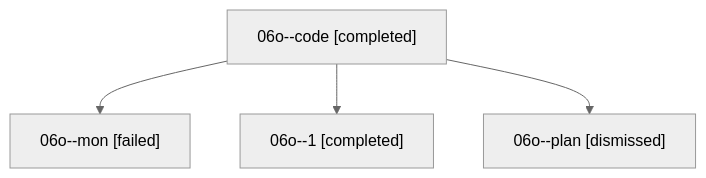
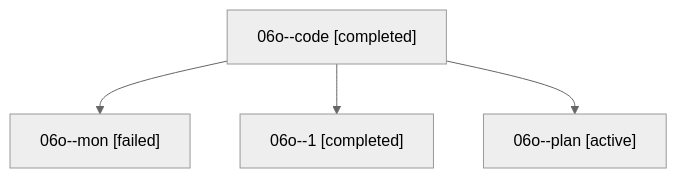
Before and after one commit to sase-org/sase--agents: the diagram in families/bbugyi200.athena.06o.md, drawn with Mermaid (neutral theme). The commit also changed other lines of this file and 35830 other files, not shown here.

````diff
--- a/families/bbugyi200.athena.06o.md
+++ b/families/bbugyi200.athena.06o.md
@@ -9,10 +9,10 @@
 ```mermaid
 flowchart TD
   n0["06o--code [completed]"]
   n1["06o--mon [failed]"]
   n0 --> n1
   n2["06o--1 [completed]"]
   n0 --> n2
-  n3["06o--plan [dismissed]"]
+  n3["06o--plan [active]"]
   n0 --> n3
 ```
````
